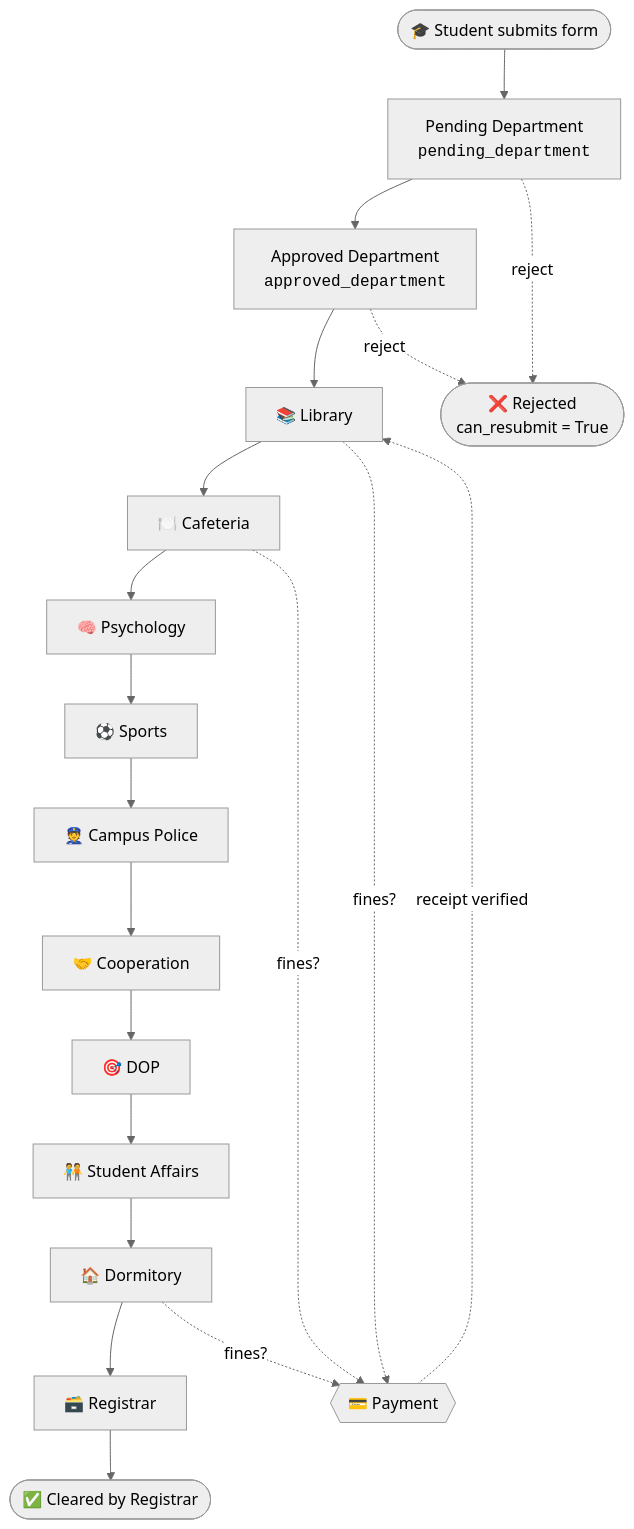
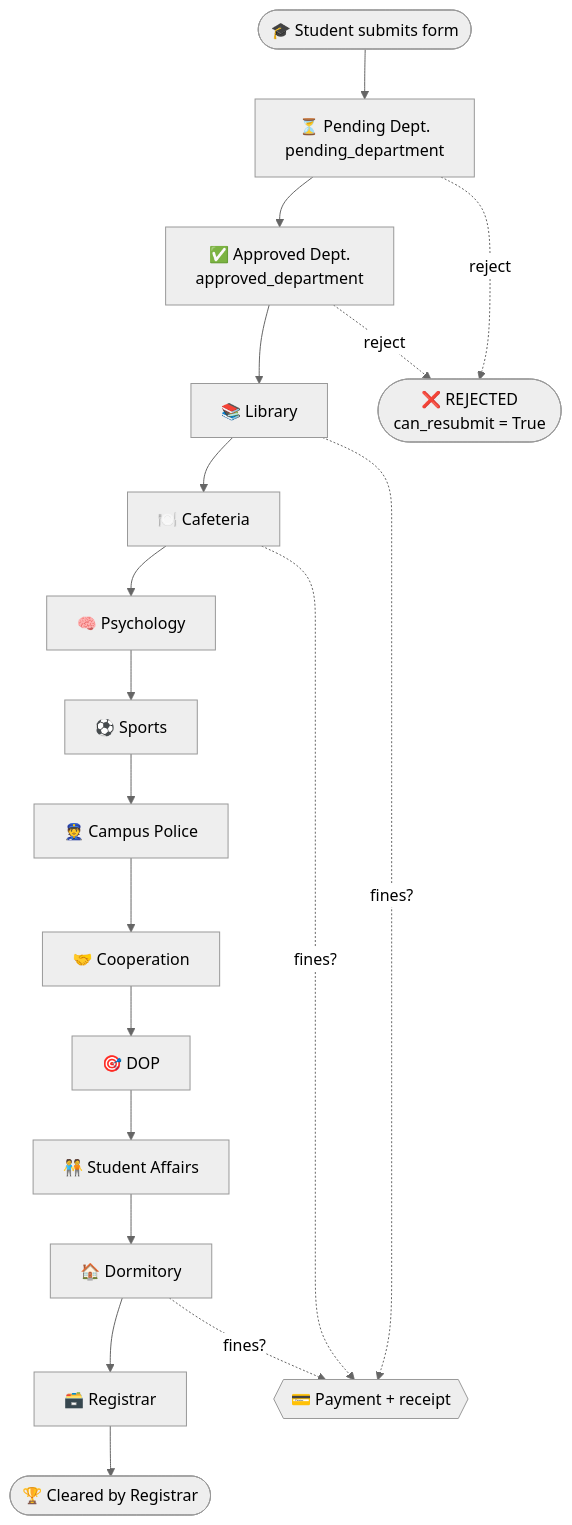
The second of 3 diagrams in clearance_frontend/README.md (yonana-sahile/university-clearance-system), drawn with Mermaid (neutral theme) before and after one commit. The commit also changed other lines of this file, not shown here.

````diff
--- a/clearance_frontend/README.md
+++ b/clearance_frontend/README.md
@@ -277,17 +449,16 @@
 ```mermaid
 flowchart TD
-    S([🎓 Student submits form]) --> P[Pending Department<br/><code>pending_department</code>]
-    P --> D[Approved Department<br/><code>approved_department</code>]
-    D --> L[📚 Library] --> C[🍽️ Cafeteria] --> PS[🧠 Psychology] --> SP[⚽ Sports]
-    SP --> CP[👮 Campus Police] --> CO[🤝 Cooperation] --> DOP[🎯 DOP]
-    DOP --> SA[🧑‍🤝‍🧑 Student Affairs] --> DM[🏠 Dormitory] --> R[🗃️ Registrar]
-    R --> OK([✅ Cleared by Registrar])
+    S(["🎓 Student submits form"]) --> P["⏳ Pending Dept.<br/>pending_department"]
+    P --> D["✅ Approved Dept.<br/>approved_department"]
+    D --> L["📚 Library"] --> C["🍽️ Cafeteria"] --> PS["🧠 Psychology"] --> SP["⚽ Sports"]
+    SP --> CP["👮 Campus Police"] --> CO["🤝 Cooperation"] --> DOP["🎯 DOP"]
+    DOP --> SA["🧑‍🤝‍🧑 Student Affairs"] --> DM["🏠 Dormitory"] --> R["🗃️ Registrar"]
+    R --> OK(["🏆 Cleared by Registrar"])
 
-    L -.->|fines?| PAY{{💳 Payment}}
-    C -.->|fines?| PAY
-    DM -.->|fines?| PAY
-    PAY -.->|receipt verified| L
+    L -.->|"fines?"| PAY{{"💳 Payment + receipt"}}
+    C -.->|"fines?"| PAY
+    DM -.->|"fines?"| PAY
 
-    P -. reject .-> X([❌ Rejected<br/>can_resubmit = True])
-    D -. reject .-> X
+    P -. "reject" .-> X(["❌ REJECTED<br/>can_resubmit = True"])
+    D -. "reject" .-> X
 ```
````
